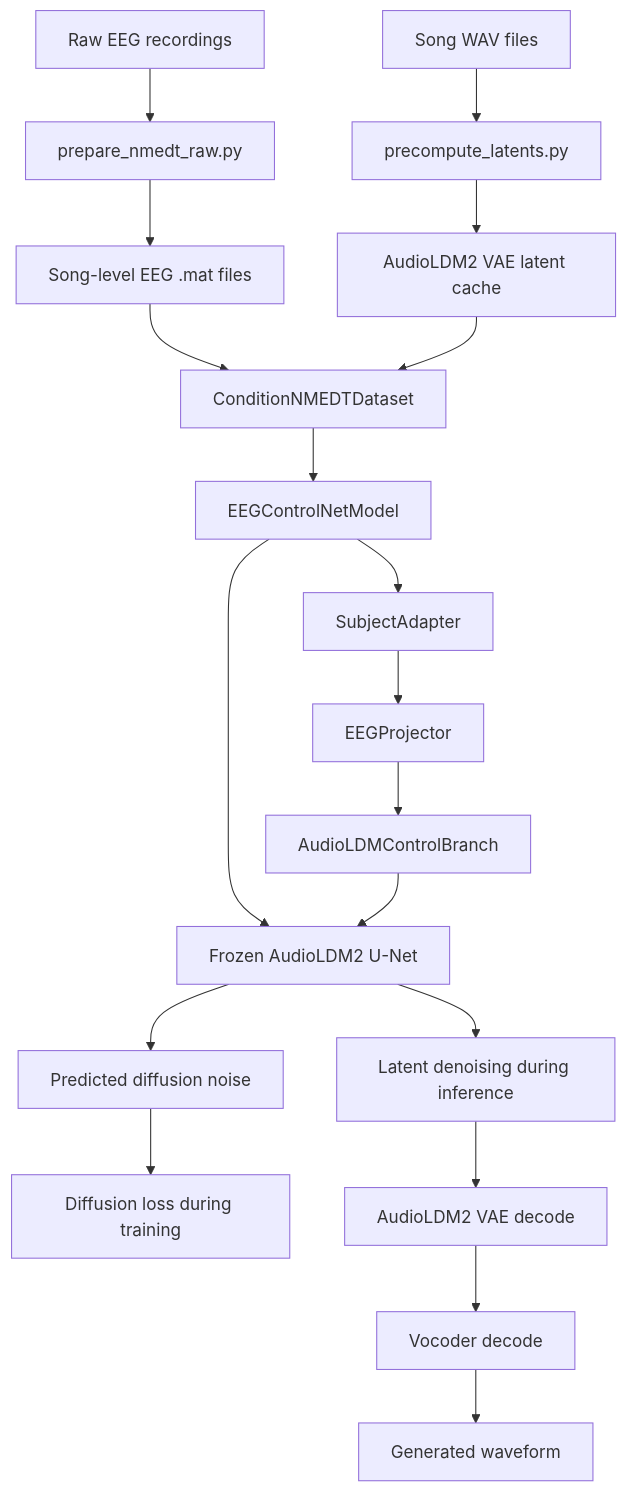
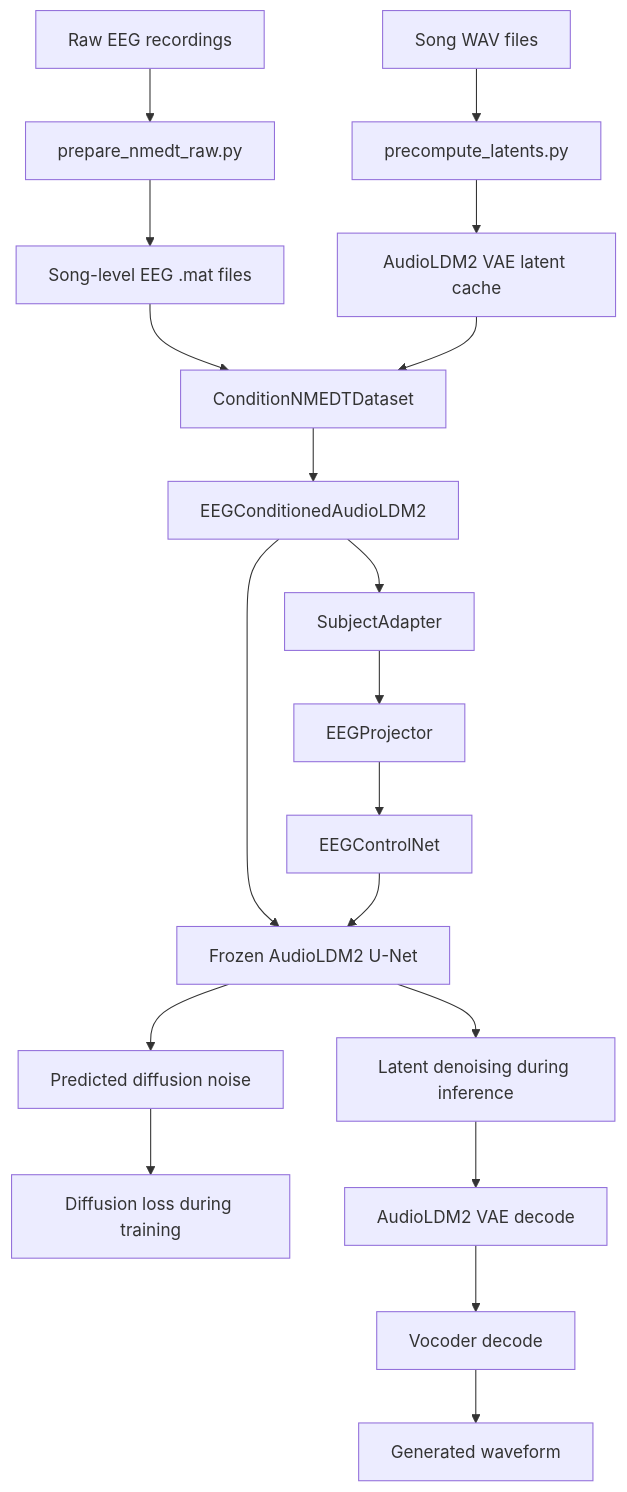
Before and after one commit to jellyfish0316/eeg2music: the first of 2 diagrams in REPO_OVERVIEW.md, drawn with Mermaid. The commit also changed other lines of this file and 7 other files, not shown here.

````diff
--- a/REPO_OVERVIEW.md
+++ b/REPO_OVERVIEW.md
@@ -28,21 +28,21 @@
 ```mermaid
 graph TD
     A[Raw EEG recordings] --> B[prepare_nmedt_raw.py]
     B --> C[Song-level EEG .mat files]
     D[Song WAV files] --> E[precompute_latents.py]
     E --> F[AudioLDM2 VAE latent cache]
     C --> G[ConditionNMEDTDataset]
     F --> G
-    G --> H[EEGControlNetModel]
+    G --> H[EEGConditionedAudioLDM2]
     H --> I[SubjectAdapter]
     I --> J[EEGProjector]
-    J --> K[AudioLDMControlBranch]
+    J --> K[EEGControlNet]
     H --> L[Frozen AudioLDM2 U-Net]
     K --> L
     L --> M[Predicted diffusion noise]
     M --> N[Diffusion loss during training]
     L --> O[Latent denoising during inference]
     O --> P[AudioLDM2 VAE decode]
     P --> Q[Vocoder decode]
     Q --> R[Generated waveform]
 ```
````
